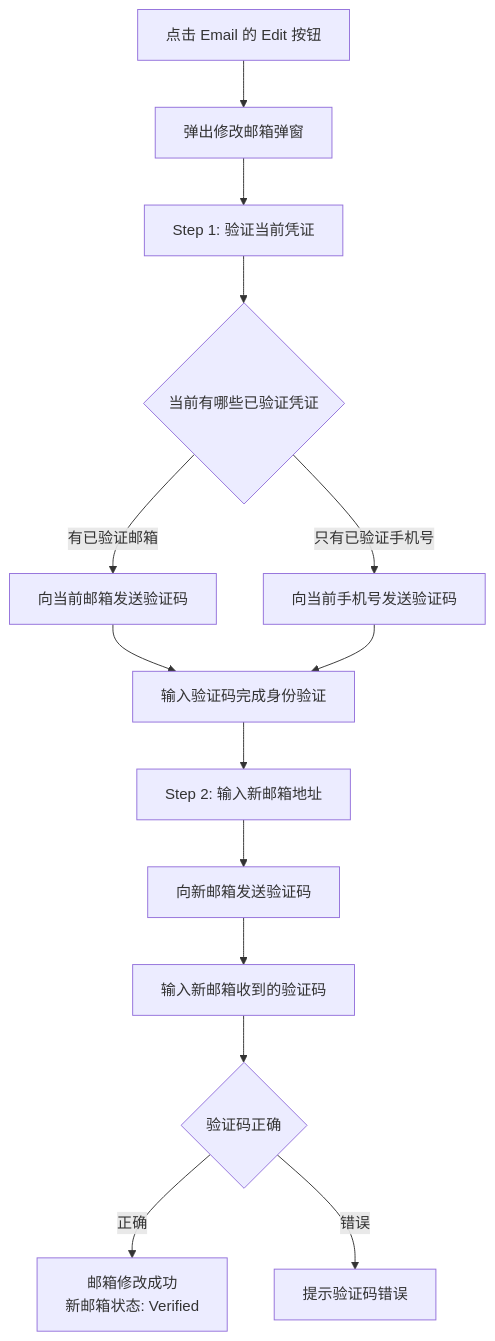
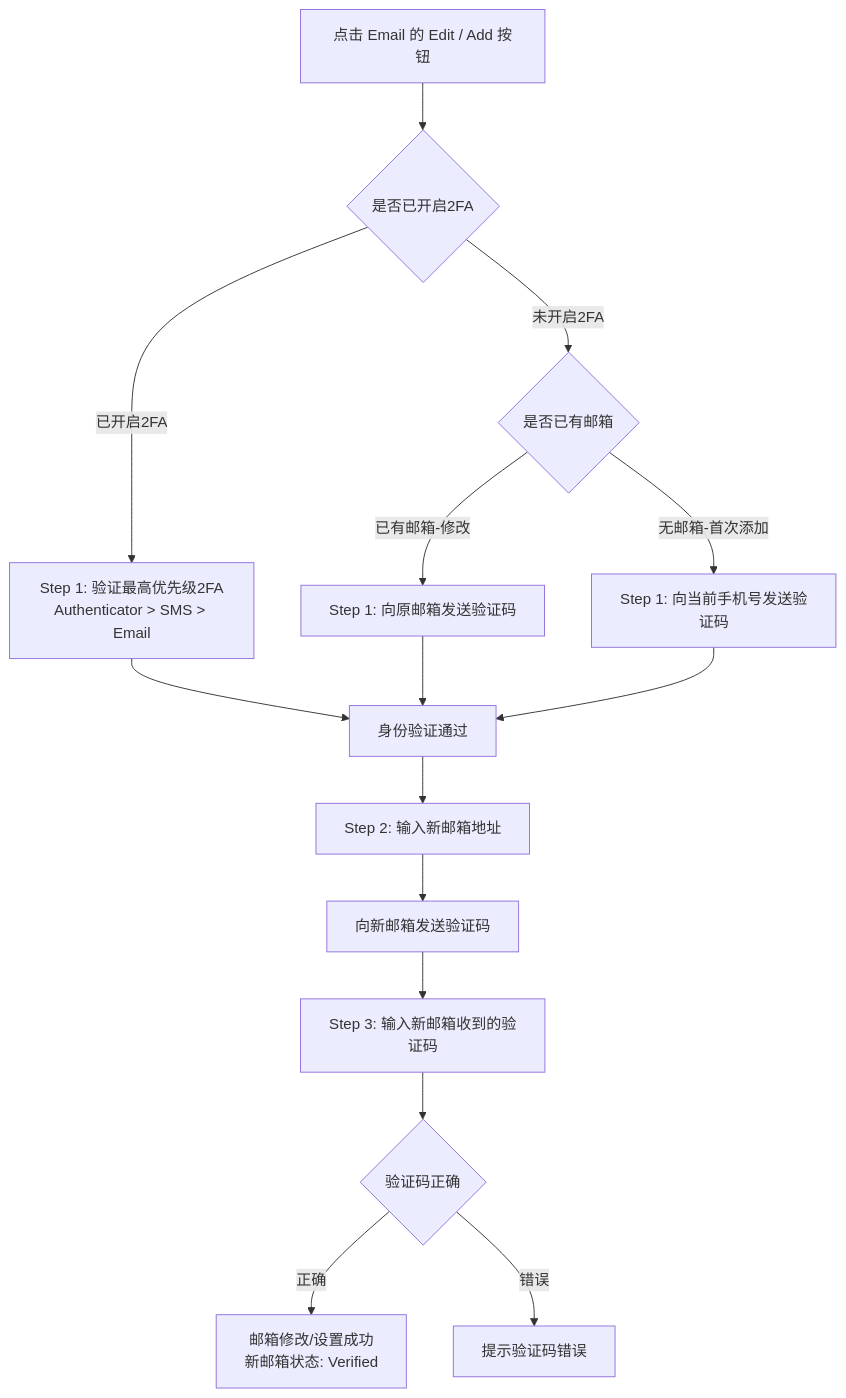
The ninth of 25 diagrams in SigninLogin/prd/MP-register.md (xiaoxiaoangie/EX-NEW), drawn with Mermaid before and after one commit. The commit also changed other lines of this file and 72 other files, not shown here.

````diff
--- a/SigninLogin/prd/MP-register.md
+++ b/SigninLogin/prd/MP-register.md
@@ -425,21 +447,22 @@
 ```mermaid
 flowchart TD
-    A[点击 Email 的 Edit 按钮] --> B[弹出修改邮箱弹窗]
+    A[点击 Email 的 Edit / Add 按钮] --> B{是否已开启2FA}
 
-    B --> C[Step 1: 验证当前凭证]
-    C --> C1{当前有哪些已验证凭证}
+    B -->|已开启2FA| C[Step 1: 验证最高优先级2FA<br/>Authenticator > SMS > Email]
+    B -->|未开启2FA| D{是否已有邮箱}
 
-    C1 -->|有已验证邮箱| C2[向当前邮箱发送验证码]
-    C1 -->|只有已验证手机号| C3[向当前手机号发送验证码]
+    D -->|已有邮箱-修改| D1[Step 1: 向原邮箱发送验证码]
+    D -->|无邮箱-首次添加| D2[Step 1: 向当前手机号发送验证码]
 
-    C2 --> D[输入验证码完成身份验证]
-    C3 --> D
+    C --> E[身份验证通过]
+    D1 --> E
+    D2 --> E
 
-    D --> E[Step 2: 输入新邮箱地址]
-    E --> F[向新邮箱发送验证码]
-    F --> G[输入新邮箱收到的验证码]
-    G --> H{验证码正确}
+    E --> F[Step 2: 输入新邮箱地址]
+    F --> G[向新邮箱发送验证码]
+    G --> H[Step 3: 输入新邮箱收到的验证码]
+    H --> I{验证码正确}
 
-    H -->|正确| I[邮箱修改成功<br/>新邮箱状态: Verified]
-    H -->|错误| G1[提示验证码错误]
+    I -->|正确| J[邮箱修改/设置成功<br/>新邮箱状态: Verified]
+    I -->|错误| H1[提示验证码错误]
 ```
````
